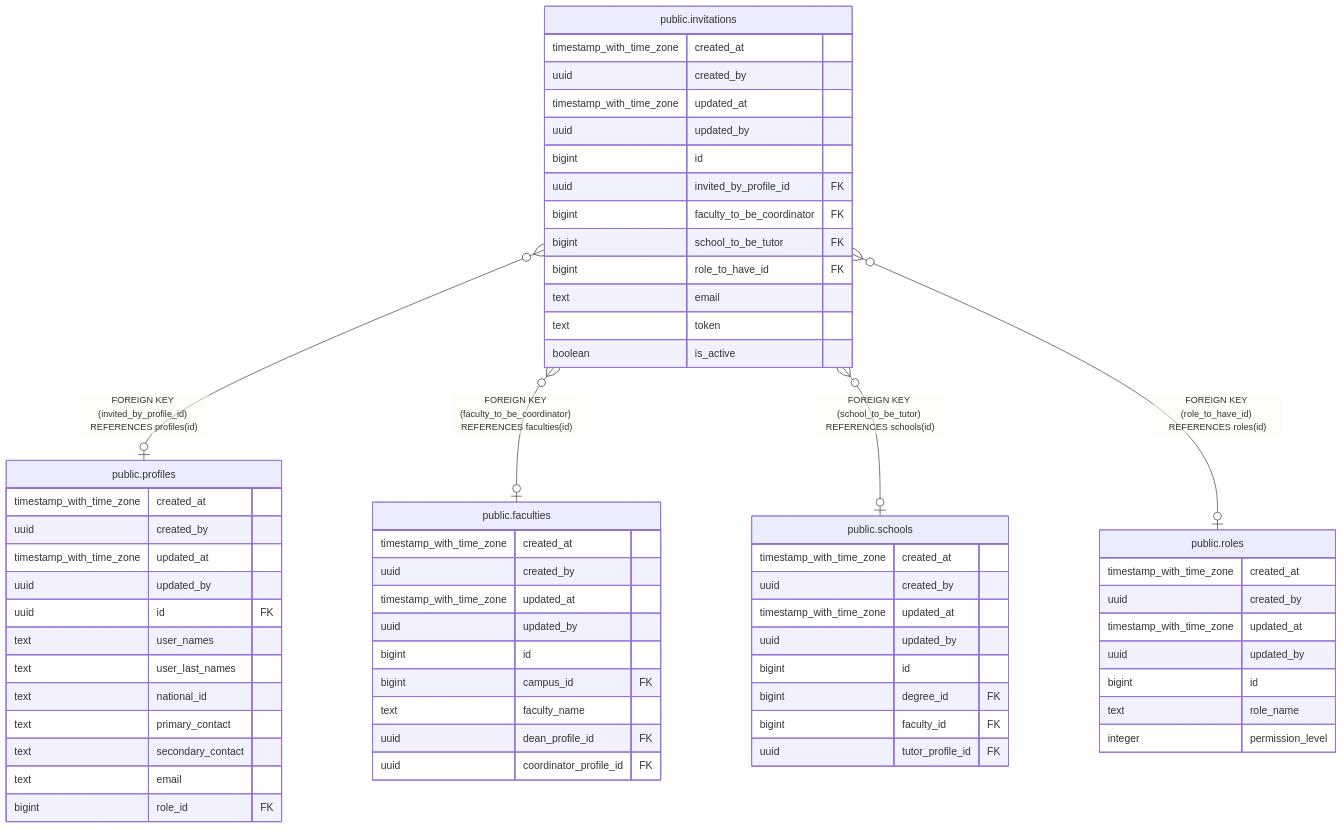
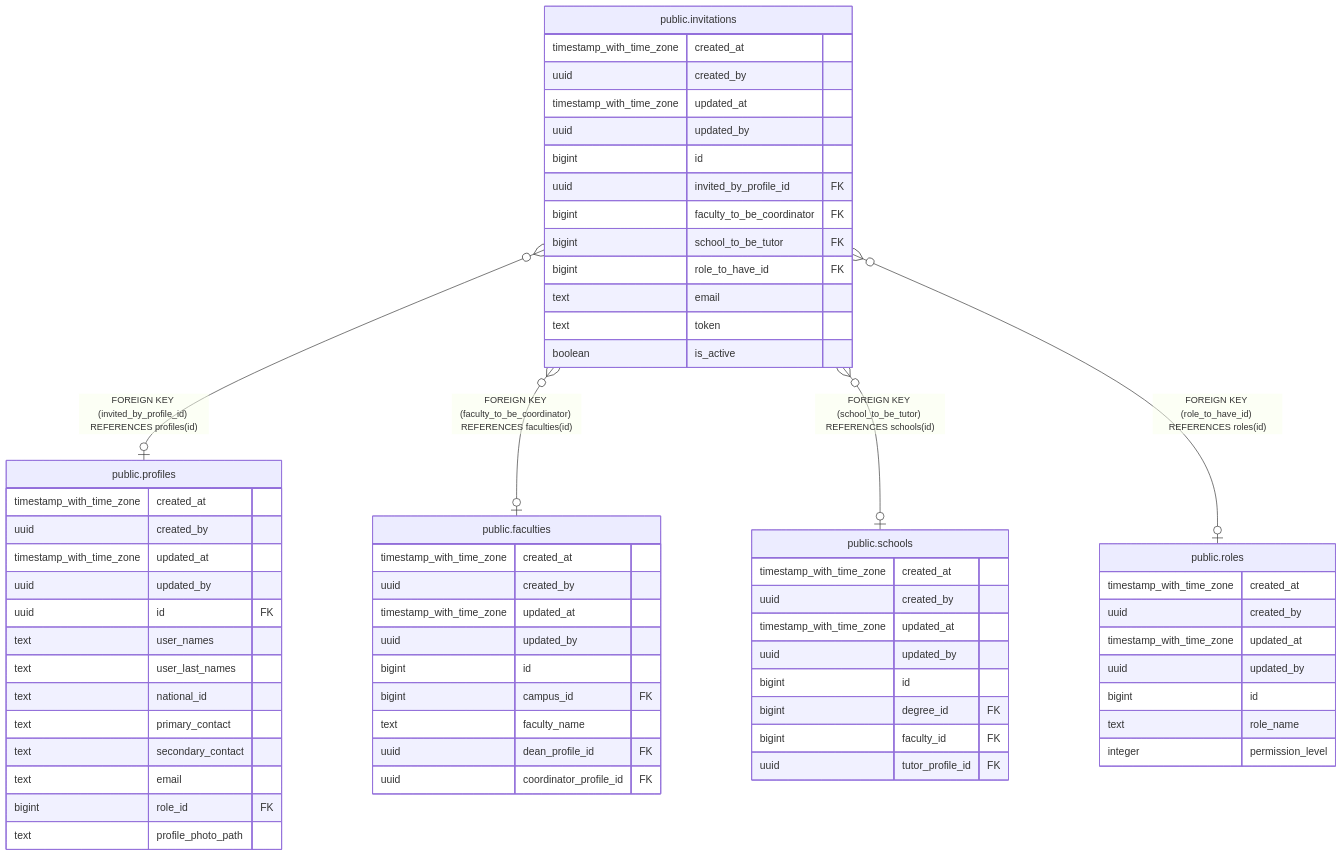
One commit to icristianhernandez/academic-service-backend changed the diagram in docs/db/tbls/public.invitations.md. Above: the diagram before and after it, drawn with Mermaid. The commit also changed 24 other files, not shown here.

First line of the commit message:
feat(profiles): add profile_photo_path column and trigger support

````diff
--- a/docs/db/tbls/public.invitations.md
+++ b/docs/db/tbls/public.invitations.md
@@ -50,67 +50,68 @@
 ```mermaid
 erDiagram
 
 "public.invitations" }o--o| "public.profiles" : "FOREIGN KEY (invited_by_profile_id) REFERENCES profiles(id)"
 "public.invitations" }o--o| "public.faculties" : "FOREIGN KEY (faculty_to_be_coordinator) REFERENCES faculties(id)"
 "public.invitations" }o--o| "public.schools" : "FOREIGN KEY (school_to_be_tutor) REFERENCES schools(id)"
 "public.invitations" }o--o| "public.roles" : "FOREIGN KEY (role_to_have_id) REFERENCES roles(id)"
 
 "public.invitations" {
   timestamp_with_time_zone created_at ""
   uuid created_by ""
   timestamp_with_time_zone updated_at ""
   uuid updated_by ""
   bigint id ""
   uuid invited_by_profile_id FK ""
   bigint faculty_to_be_coordinator FK ""
   bigint school_to_be_tutor FK ""
   bigint role_to_have_id FK ""
   text email ""
   text token ""
   boolean is_active ""
 }
 "public.profiles" {
   timestamp_with_time_zone created_at ""
   uuid created_by ""
   timestamp_with_time_zone updated_at ""
   uuid updated_by ""
   uuid id FK ""
   text user_names ""
   text user_last_names ""
   text national_id ""
   text primary_contact ""
   text secondary_contact ""
   text email ""
   bigint role_id FK ""
+  text profile_photo_path ""
 }
 "public.faculties" {
   timestamp_with_time_zone created_at ""
   uuid created_by ""
   timestamp_with_time_zone updated_at ""
   uuid updated_by ""
   bigint id ""
   bigint campus_id FK ""
   text faculty_name ""
   uuid dean_profile_id FK ""
   uuid coordinator_profile_id FK ""
 }
 "public.schools" {
   timestamp_with_time_zone created_at ""
   uuid created_by ""
   timestamp_with_time_zone updated_at ""
   uuid updated_by ""
   bigint id ""
   bigint degree_id FK ""
   bigint faculty_id FK ""
   uuid tutor_profile_id FK ""
 }
 "public.roles" {
   timestamp_with_time_zone created_at ""
   uuid created_by ""
   timestamp_with_time_zone updated_at ""
   uuid updated_by ""
   bigint id ""
   text role_name ""
   integer permission_level ""
 }
 ```
````
